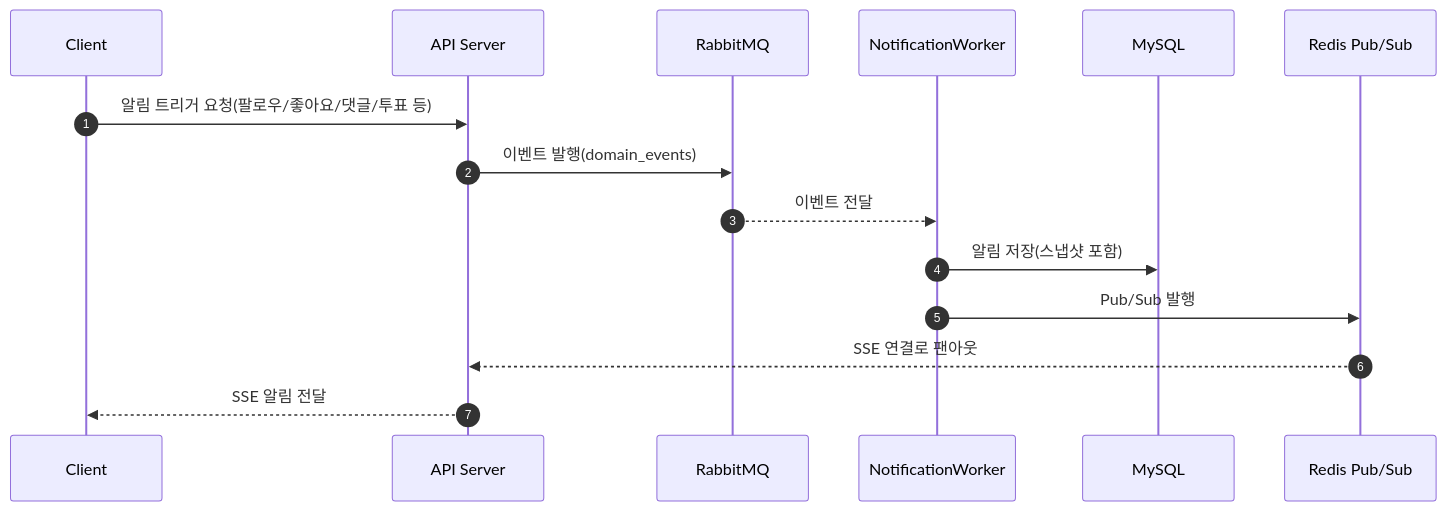
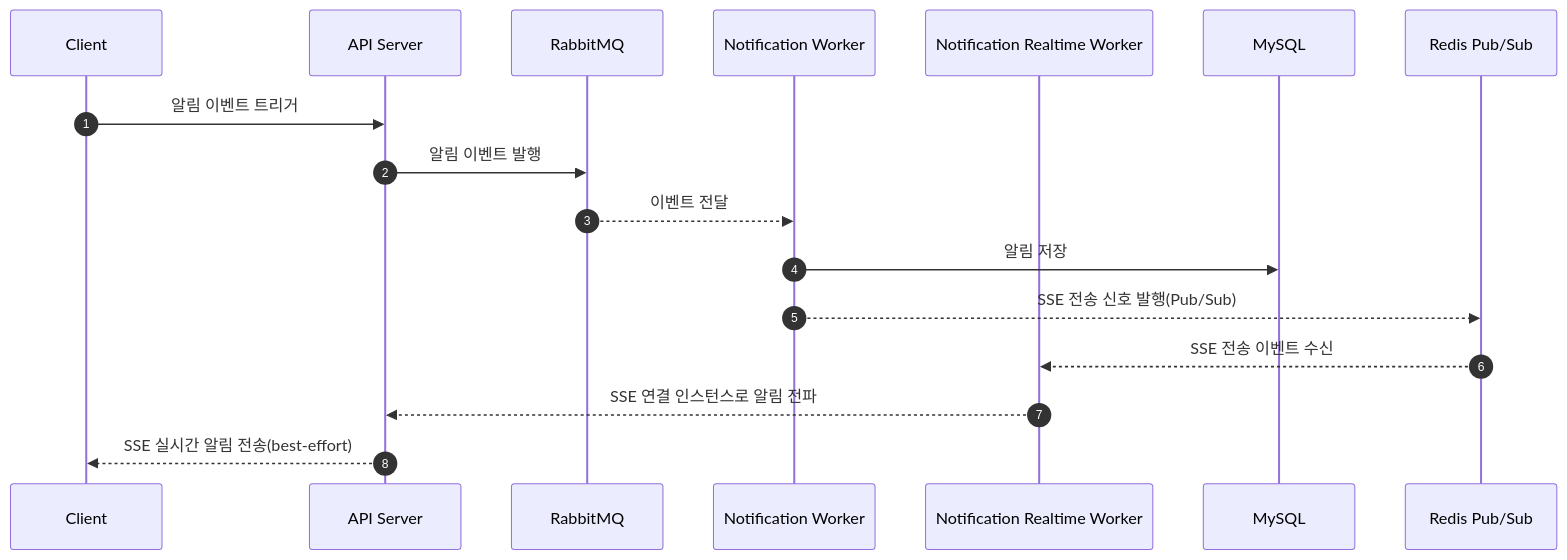
The first of 3 diagrams in docs/domain-tech-spec/ASYNC_TECH_SPEC.md (100-hours-a-week/16-team-katopia-be), drawn with Mermaid before and after one commit. The commit also changed other lines of this file and 9 other files, not shown here.

Commit message:
feat: Redis Pub/Sub 기반 다중 인스턴스 SSE 전송

````diff
--- a/docs/domain-tech-spec/ASYNC_TECH_SPEC.md
+++ b/docs/domain-tech-spec/ASYNC_TECH_SPEC.md
@@ -111,18 +81,20 @@
 ```mermaid
 sequenceDiagram
   autonumber
   participant Client as Client
   participant API as API Server
   participant MQ as RabbitMQ
-  participant Worker as NotificationWorker
+  participant Worker as Notification Worker
+  participant Realtime as Notification Realtime Worker
   participant DB as MySQL
   participant Redis as Redis Pub/Sub
 
-  Client->>API: 알림 트리거 요청(팔로우/좋아요/댓글/투표 등)
-  API->>MQ: 이벤트 발행(domain_events)
+  Client->>API: 알림 이벤트 트리거
+  API->>MQ: 알림 이벤트 발행
   MQ-->>Worker: 이벤트 전달
-  Worker->>DB: 알림 저장(스냅샷 포함)
-  Worker->>Redis: Pub/Sub 발행
-  Redis-->>API: SSE 연결로 팬아웃
-  API-->>Client: SSE 알림 전달
+  Worker->>DB: 알림 저장
+  Worker-->>Redis: SSE 전송 신호 발행(Pub/Sub)
+  Redis-->>Realtime: SSE 전송 이벤트 수신
+  Realtime-->>API: SSE 연결 인스턴스로 알림 전파
+  API-->>Client: SSE 실시간 알림 전송(best-effort)
 ```
````
